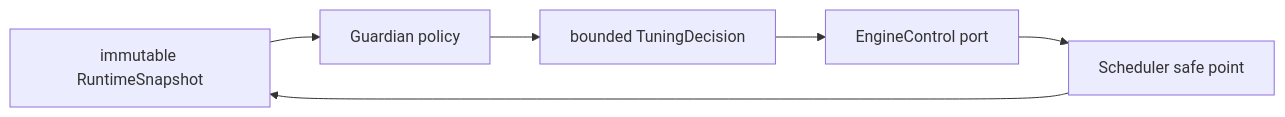
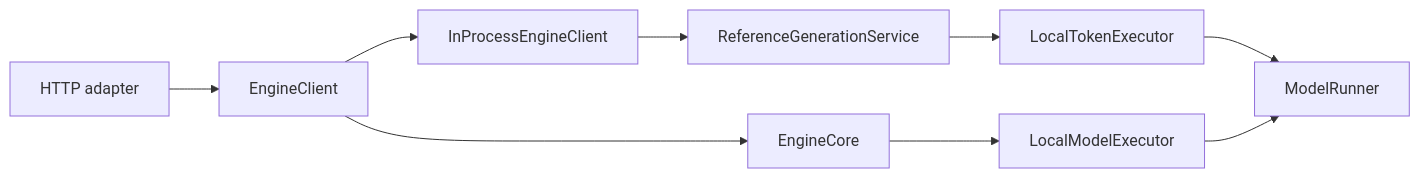
Before and after one commit to poorpaper/light-vllm: the third of 3 diagrams in docs/architecture.md, drawn with Mermaid. The commit also changed other lines of this file and 57 other files, not shown here.

Commit message:
feat: add engine core and KV cache runtime

````diff
--- a/docs/architecture.md
+++ b/docs/architecture.md
@@ -161,8 +160,11 @@
 ```mermaid
 flowchart LR
-    Metrics["immutable RuntimeSnapshot"] --> Guardian["Guardian policy"]
-    Guardian --> Decision["bounded TuningDecision"]
-    Decision --> Control["EngineControl port"]
-    Control --> SafePoint["Scheduler safe point"]
-    SafePoint --> Metrics
+    HTTP["HTTP adapter"] --> Client["EngineClient"]
+    Client --> Core["EngineCore"]
+    Client --> Bridge["InProcessEngineClient"]
+    Bridge --> Reference["ReferenceGenerationService"]
+    Reference --> TokenExecutor["LocalTokenExecutor"]
+    Core --> ModelExecutor["LocalModelExecutor"]
+    TokenExecutor --> Runner["ModelRunner"]
+    ModelExecutor --> Runner
 ```
````
